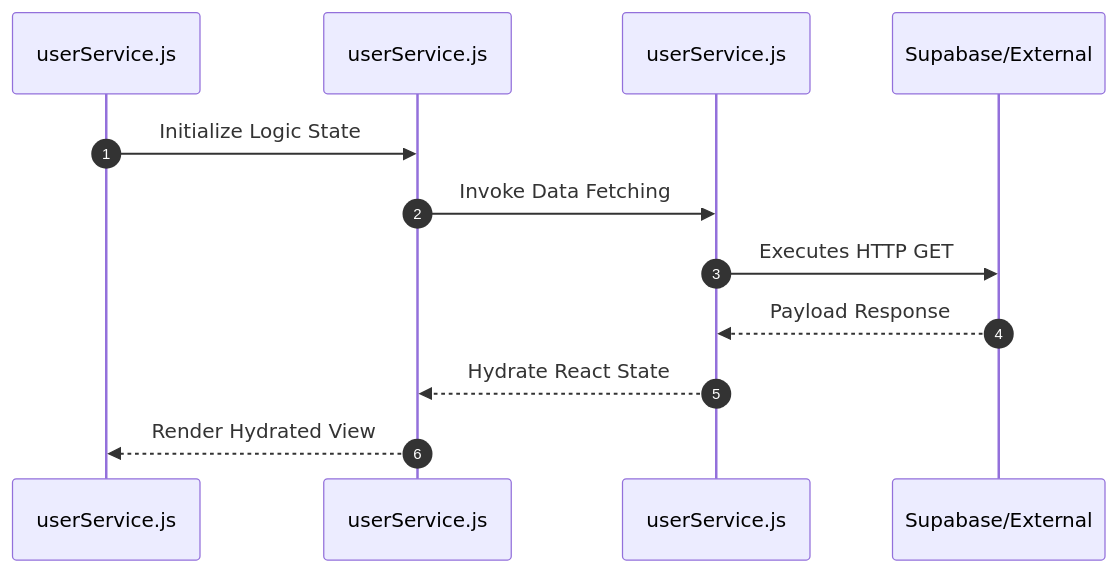
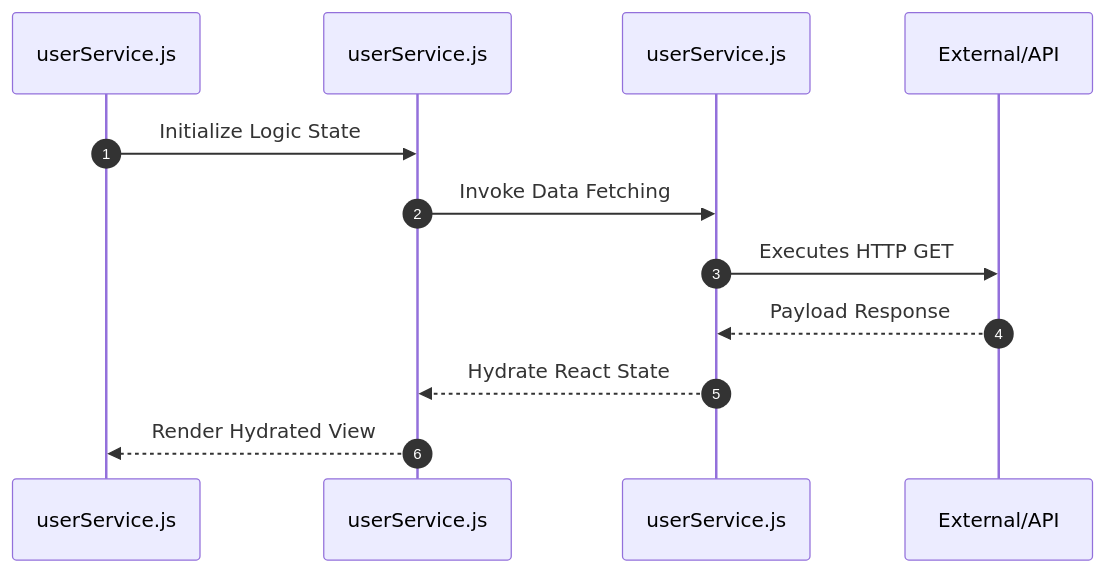
Before and after one commit to nexowebai/nexo-superadmin: the second of 2 diagrams in src/features/users/README.md, drawn with Mermaid. The commit also changed other lines of this file and 18 other files, not shown here.

````diff
--- a/src/features/users/README.md
+++ b/src/features/users/README.md
@@ -25,15 +24,15 @@
 ```mermaid
 sequenceDiagram
 autonumber
     participant P as userService.js
     participant H as userService.js
     participant S as userService.js
-    participant API as Supabase/External
+    participant API as External/API
 
     P->>H: Initialize Logic State
     H->>S: Invoke Data Fetching
     S->>API: Executes HTTP GET
     API-->>S: Payload Response
     S-->>H: Hydrate React State
     H-->>P: Render Hydrated View
 ```
````
